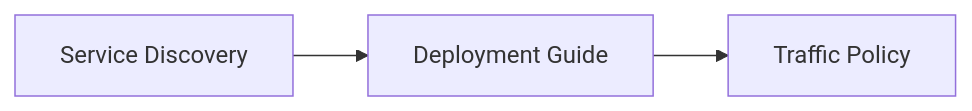
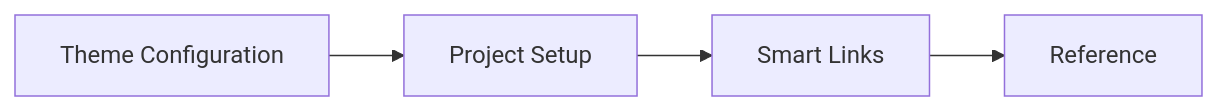
The diagram in examples/basic/docs/index.md (FanaticPythoner/justdocs), drawn with Mermaid before and after one commit. The commit also changed other lines of this file and 10 other files, not shown here.

````diff
--- a/examples/basic/docs/index.md
+++ b/examples/basic/docs/index.md
@@ -16,5 +36,6 @@
 ```mermaid
 flowchart LR
-    A[Service Discovery] --> B[Deployment Guide]
-    B --> C[Traffic Policy]
+    A[Theme Configuration] --> B[Project Setup]
+    B --> C[Smart Links]
+    C --> D[Reference]
 ```
````
